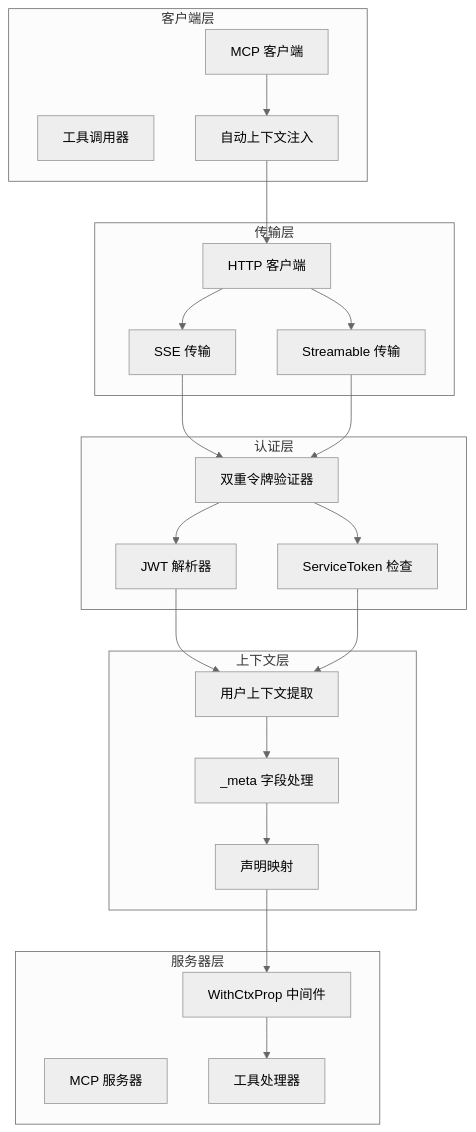
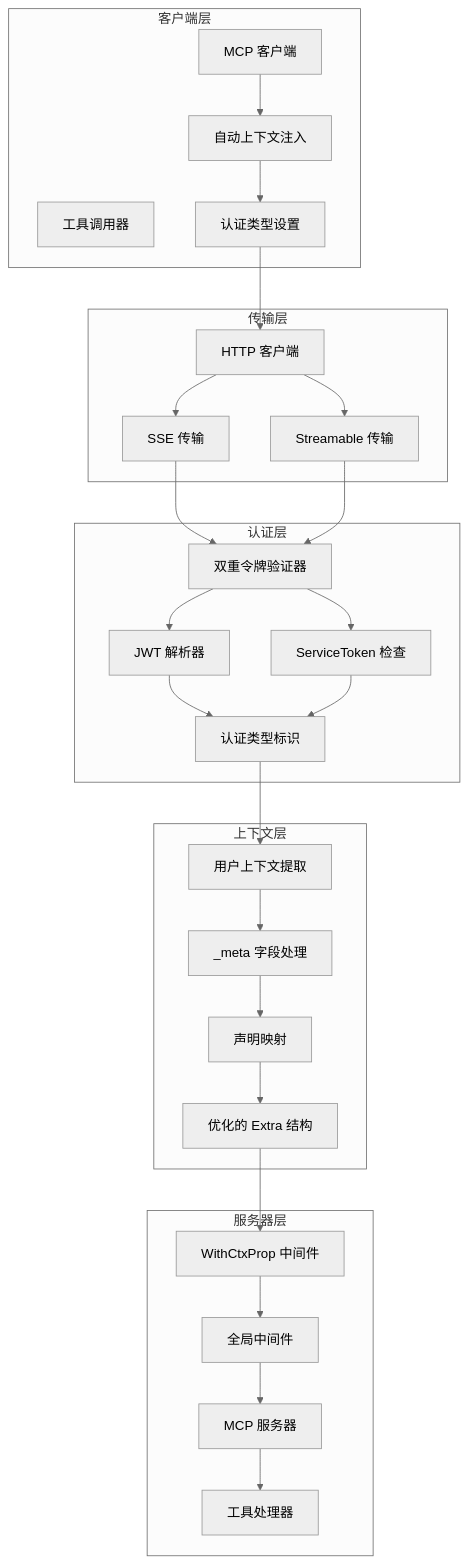
The third of 6 diagrams in .qoder/repowiki/zh/content/Mcpx Authentication System.md (maomao94/zero-service), drawn with Mermaid (neutral theme) before and after one commit. The commit also changed other lines of this file and 7 other files, not shown here.

First line of the commit message:
refactor(mcpx): 重构 MCP 客户端，支持所有官方 SDK handlers

````diff
--- a/.qoder/repowiki/zh/content/Mcpx Authentication System.md
+++ b/.qoder/repowiki/zh/content/Mcpx Authentication System.md
@@ -165,42 +188,51 @@
 ```mermaid
 graph TB
 subgraph "客户端层"
 A[MCP 客户端]
 B[工具调用器]
 C[自动上下文注入]
+D[认证类型设置]
 end
 subgraph "传输层"
-D[HTTP 客户端]
-E[SSE 传输]
-F[Streamable 传输]
+E[HTTP 客户端]
+F[SSE 传输]
+G[Streamable 传输]
 end
 subgraph "认证层"
-G[双重令牌验证器]
-H[JWT 解析器]
-I[ServiceToken 检查]
+H[双重令牌验证器]
+I[JWT 解析器]
+J[ServiceToken 检查]
+K[认证类型标识]
 end
 subgraph "上下文层"
-J[用户上下文提取]
-K[_meta 字段处理]
-L[声明映射]
+L[用户上下文提取]
+M[_meta 字段处理]
+N[声明映射]
+O[优化的 Extra 结构]
 end
 subgraph "服务器层"
-M[MCP 服务器]
-N[工具处理器]
-O[WithCtxProp 中间件]
+P[MCP 服务器]
+Q[工具处理器]
+R[WithCtxProp 中间件]
+S[全局中间件]
 end
 A --> C
 C --> D
 D --> E
-D --> F
+E --> F
 E --> G
-F --> G
+F --> H
 G --> H
-G --> I
+H --> I
 H --> J
-I --> J
+I --> K
 J --> K
 K --> L
-L --> O
-O --> N
+L --> M
+M --> N
+N --> O
+O --> R
+R --> S
+S --> P
+P --> Q
 ```
````
